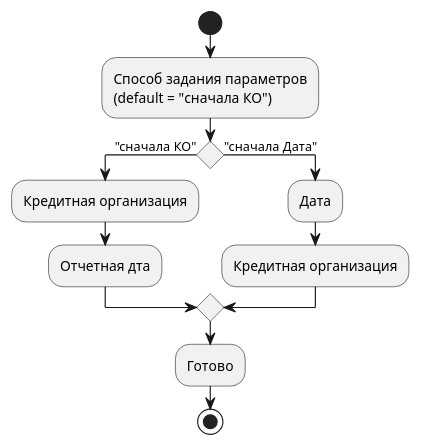
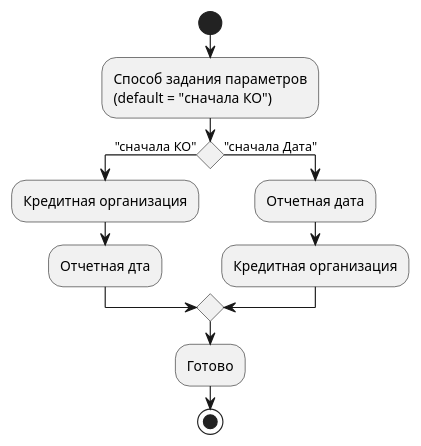
Before and after one commit to hheli/hheliDiagrams: the diagram in src/0409072/promptSelection.plantuml, drawn with PlantUML. The commit also changed 1 other file, not shown here.

Commit message:
исправлена Отчетная дата вместо Дата

```diff
--- a/src/0409072/promptSelection.plantuml
+++ b/src/0409072/promptSelection.plantuml
@@ -1,14 +1,14 @@
 @startuml
 start
 :Способ задания параметров 
 (default = "сначала КО");
 if () then ("cначала КО") 
 :Кредитная организация;
 :Отчетная дта;
 else ("сначала Дата")
-:Дата;
+:Отчетная дата;
 :Кредитная организация;
 endif
 :Готово;
 stop 
 @enduml
```
